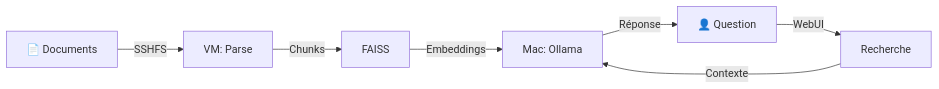
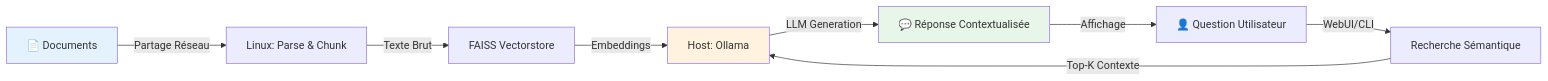
Before and after one commit to Liam4Chilll/FAMILY_RAG: the diagram in readme.md, drawn with Mermaid. The commit also changed other lines of this file, not shown here.

````diff
--- a/readme.md
+++ b/readme.md
@@ -86,9 +251,14 @@
 ```mermaid
 graph LR
-    A[📄 Documents] -->|SSHFS| B[VM: Parse]
-    B -->|Chunks| C[FAISS]
-    C -->|Embeddings| D[Mac: Ollama]
-    E[👤 Question] -->|WebUI| F[Recherche]
-    F -->|Contexte| D
-    D -->|Réponse| E
+    A[📄 Documents] -->|Partage Réseau| B[Linux: Parse & Chunk]
+    B -->|Texte Brut| C[FAISS Vectorstore]
+    C -->|Embeddings| D[Host: Ollama]
+    E[👤 Question Utilisateur] -->|WebUI/CLI| F[Recherche Sémantique]
+    F -->|Top-K Contexte| D
+    D -->|LLM Generation| G[💬 Réponse Contextualisée]
+    G -->|Affichage| E
+    
+    style A fill:#e3f2fd
+    style D fill:#fff3e0
+    style G fill:#e8f5e9
 ```
````
